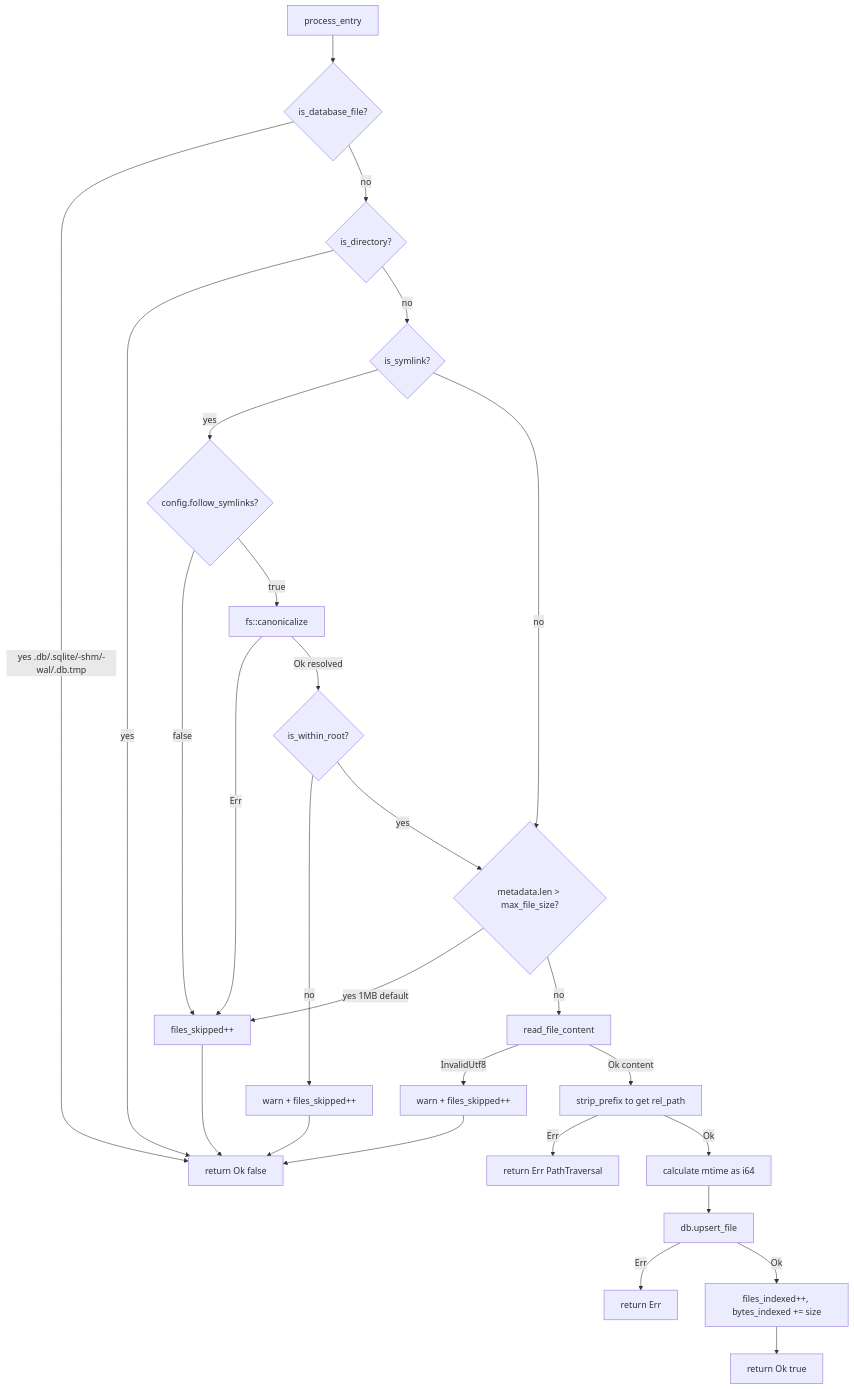
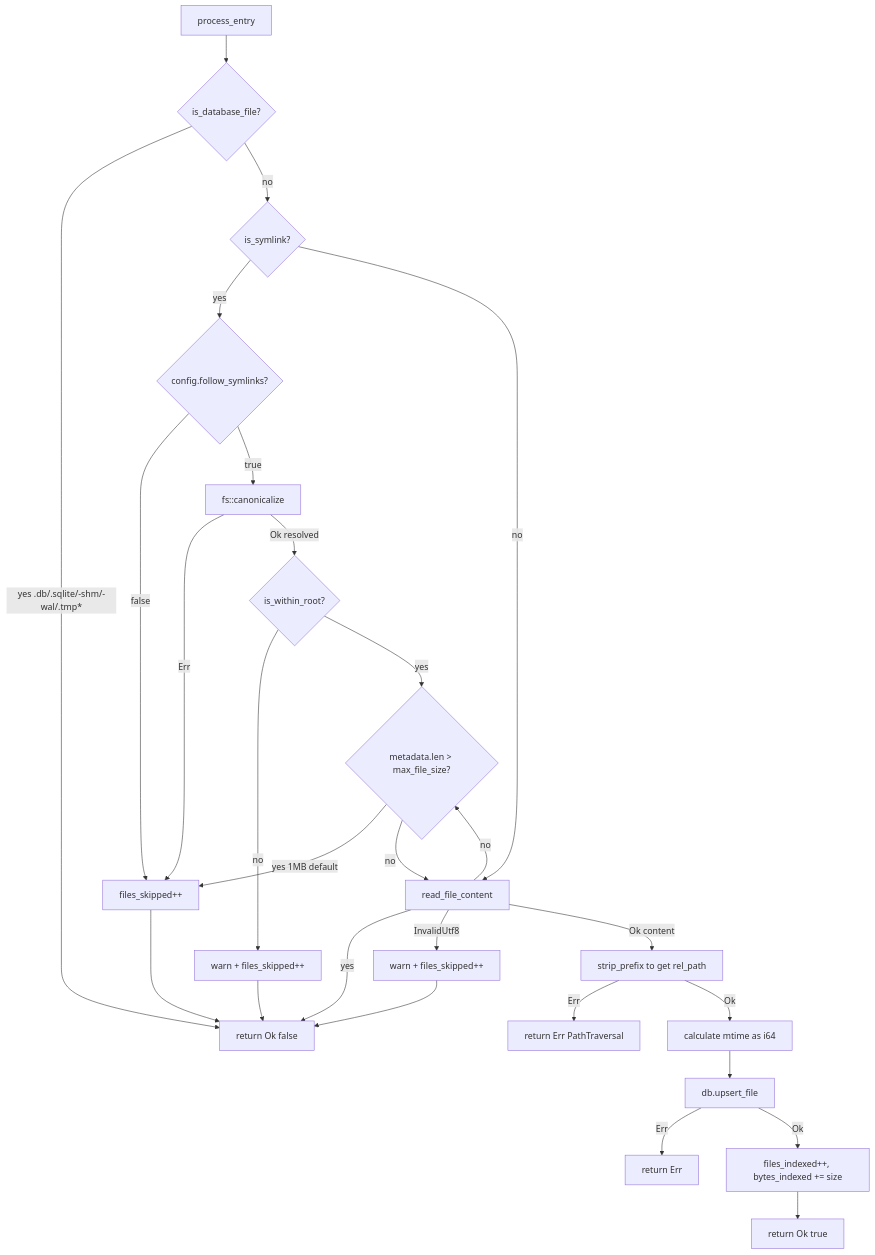
Before and after one commit to mneves75/ffts-grep: the second of 3 diagrams in docs/state-machines/02-indexer-lifecycle.md, drawn with Mermaid. The commit also changed other lines of this file and 23 other files, not shown here.

````diff
--- a/docs/state-machines/02-indexer-lifecycle.md
+++ b/docs/state-machines/02-indexer-lifecycle.md
@@ -91,33 +91,32 @@
 ```mermaid
 flowchart TD
     A[process_entry] --> B{is_database_file?}
-    B -->|yes .db/.sqlite/-shm/-wal/.db.tmp| C[return Ok false]
-    B -->|no| D{is_directory?}
+    B -->|yes .db/.sqlite/-shm/-wal/.tmp*| C[return Ok false]
+    B -->|no| D{is_symlink?}
 
-    D -->|yes| C
-    D -->|no| E{is_symlink?}
-
-    E -->|yes| F{config.follow_symlinks?}
-    F -->|false| G[files_skipped++]
+    D -->|yes| E{config.follow_symlinks?}
+    E -->|false| G[files_skipped++]
     G --> C
-    F -->|true| H[fs::canonicalize]
+    E -->|true| H[fs::canonicalize]
     H -->|Err| G
     H -->|Ok resolved| I{is_within_root?}
     I -->|no| J[warn + files_skipped++]
     J --> C
     I -->|yes| K
 
-    E -->|no| K{metadata.len > max_file_size?}
+    D -->|no| L{is_directory?}
+    L -->|yes| C
+    L -->|no| K{metadata.len > max_file_size?}
     K -->|yes 1MB default| G
     K -->|no| L[read_file_content]
 
     L -->|InvalidUtf8| M[warn + files_skipped++]
     M --> C
     L -->|Ok content| N[strip_prefix to get rel_path]
     N -->|Err| O[return Err PathTraversal]
     N -->|Ok| P[calculate mtime as i64]
     P --> Q[db.upsert_file]
     Q -->|Err| R[return Err]
     Q -->|Ok| S[files_indexed++, bytes_indexed += size]
     S --> T[return Ok true]
 ```
````
